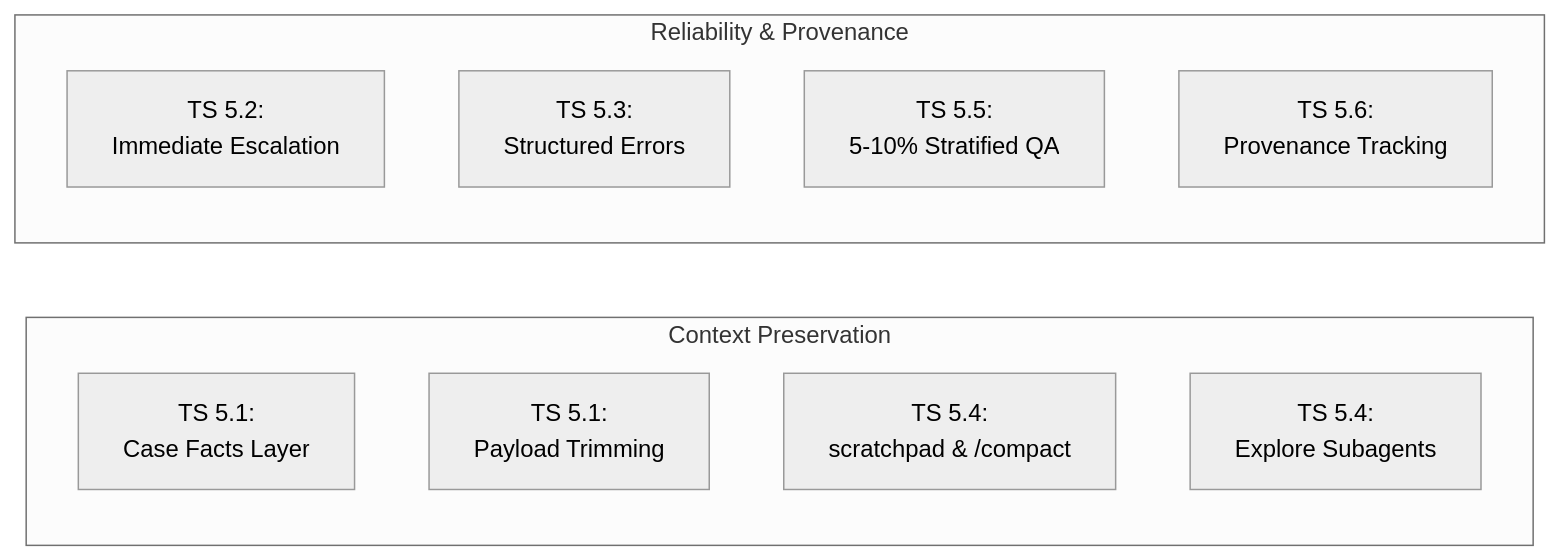
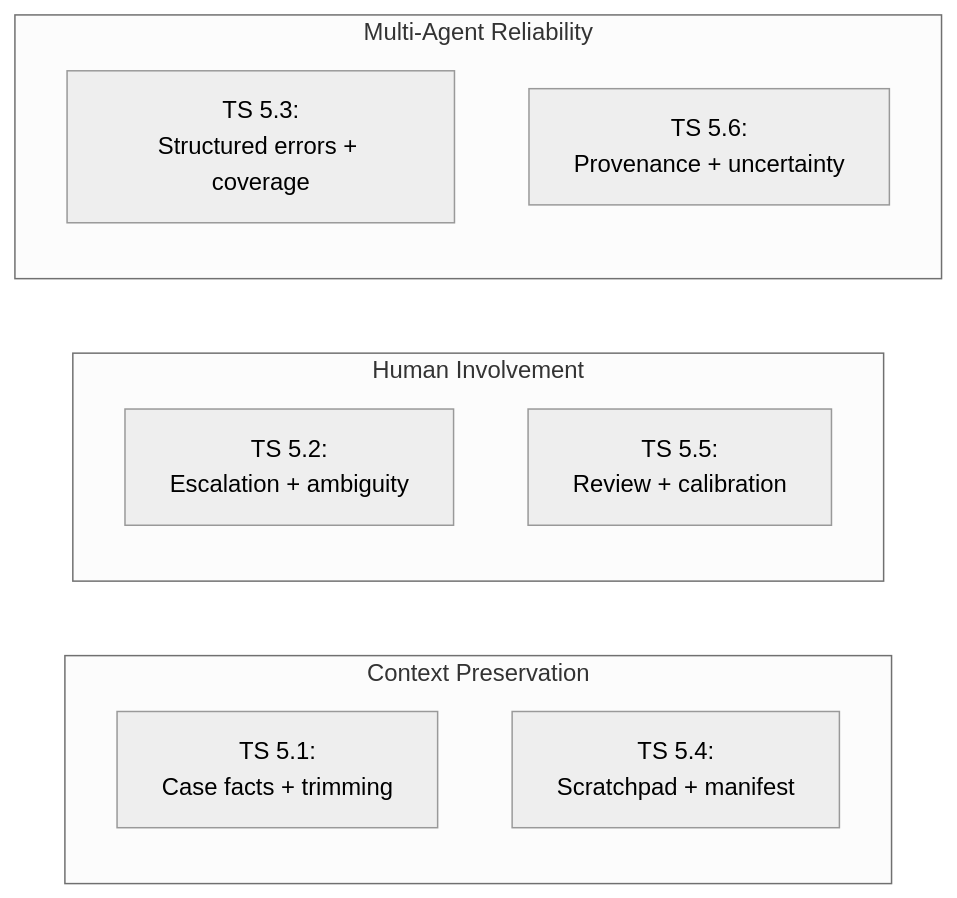
The first of 6 diagrams in domain5/KEY_CONCEPTS.md (dip4k/claude_cert_architect_foundation_prep), drawn with Mermaid (neutral theme) before and after one commit. The commit also changed other lines of this file and 133 other files, not shown here.

````diff
--- a/domain5/KEY_CONCEPTS.md
+++ b/domain5/KEY_CONCEPTS.md
@@ -8,18 +36,18 @@
 ```mermaid
 flowchart LR
     subgraph Preservation["Context Preservation"]
         direction TB
-        P1["TS 5.1:<br>Case Facts Layer"]
-        P2["TS 5.1:<br>Payload Trimming"]
-        P3["TS 5.4:<br>scratchpad & /compact"]
-        P4["TS 5.4:<br>Explore Subagents"]
+        P1["TS 5.1:<br>Case facts + trimming"]
+        P2["TS 5.4:<br>Scratchpad + manifest"]
     end
-
-    subgraph Reliability["Reliability & Provenance"]
+    subgraph Humans["Human Involvement"]
         direction TB
-        R1["TS 5.2:<br>Immediate Escalation"]
-        R2["TS 5.3:<br>Structured Errors"]
-        R3["TS 5.5:<br>5-10% Stratified QA"]
-        R4["TS 5.6:<br>Provenance Tracking"]
+        H1["TS 5.2:<br>Escalation + ambiguity"]
+        H2["TS 5.5:<br>Review + calibration"]
+    end
+    subgraph Reliability["Multi-Agent Reliability"]
+        direction TB
+        R1["TS 5.3:<br>Structured errors + coverage"]
+        R2["TS 5.6:<br>Provenance + uncertainty"]
     end
 ```
````
